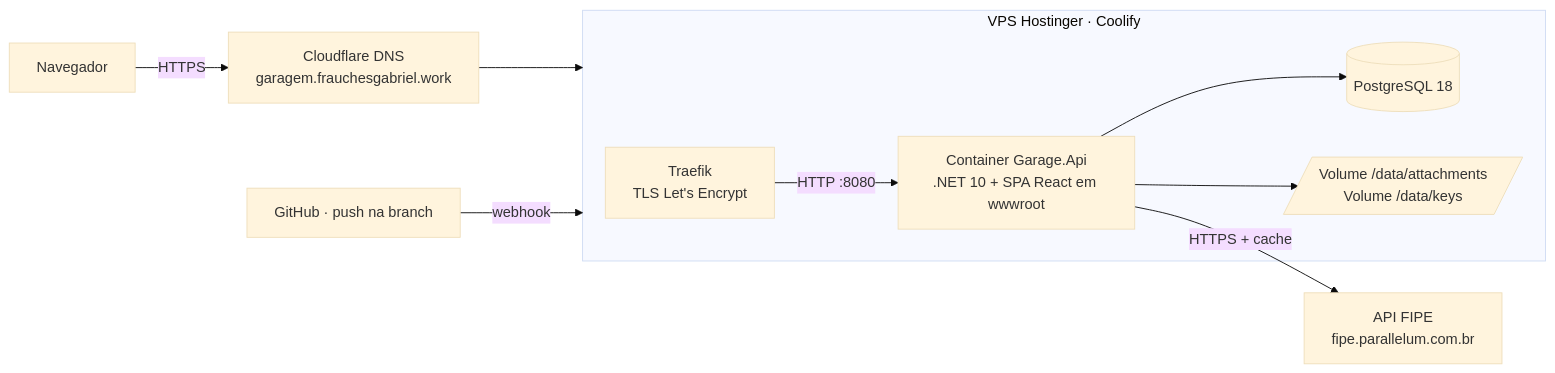
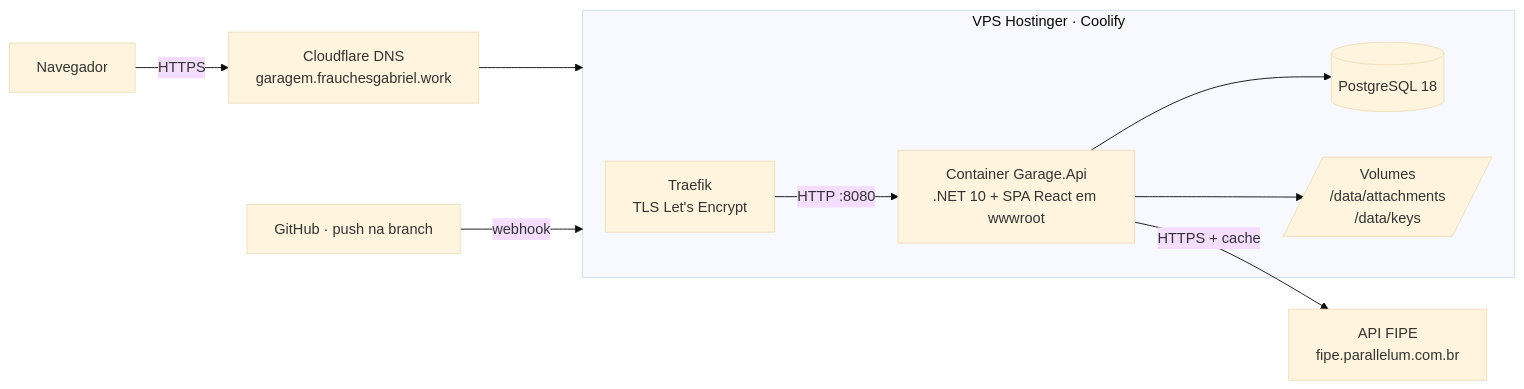
One commit to gabrielLAraujo/app-maintenance-history changed the first of 5 diagrams in docs/ARQUITETURA.md. Above: the diagram before and after it, drawn with Mermaid (base theme). The commit also changed other lines of this file and 2 other files, not shown here.

First line of the commit message:
docs(backend): contrato OpenAPI verificado e README de execução

````diff
--- a/docs/ARQUITETURA.md
+++ b/docs/ARQUITETURA.md
@@ -12,12 +12,12 @@
 ```mermaid
 flowchart LR
     U[Navegador] -->|HTTPS| CF[Cloudflare DNS<br/>garagem.frauchesgabriel.work]
     CF --> VPS
     subgraph VPS[VPS Hostinger · Coolify]
         T[Traefik<br/>TLS Let's Encrypt] -->|HTTP :8080| API[Container Garage.Api<br/>.NET 10 + SPA React em wwwroot]
         API --> PG[(PostgreSQL 18)]
-        API --> VOL[/Volume /data/attachments<br/>Volume /data/keys/]
+        API --> VOL[/Volumes<br/>/data/attachments<br/>/data/keys/]
     end
     API -->|HTTPS + cache| FIPE[API FIPE<br/>fipe.parallelum.com.br]
     GH[GitHub · push na branch] -->|webhook| VPS
 ```
````
